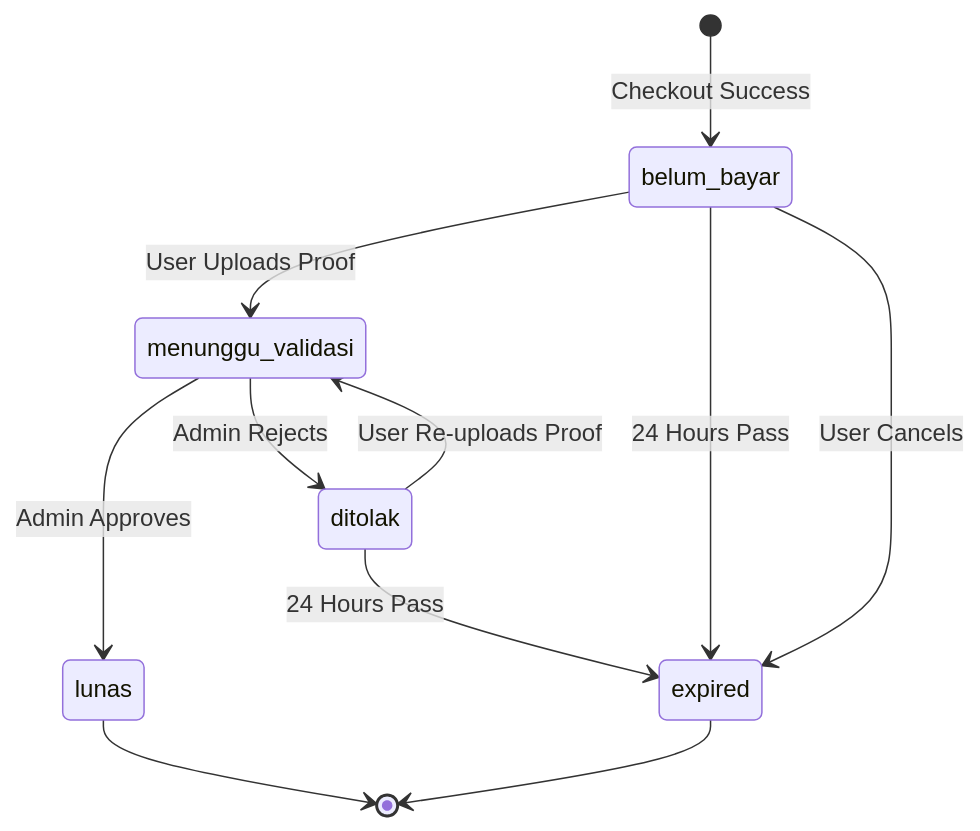
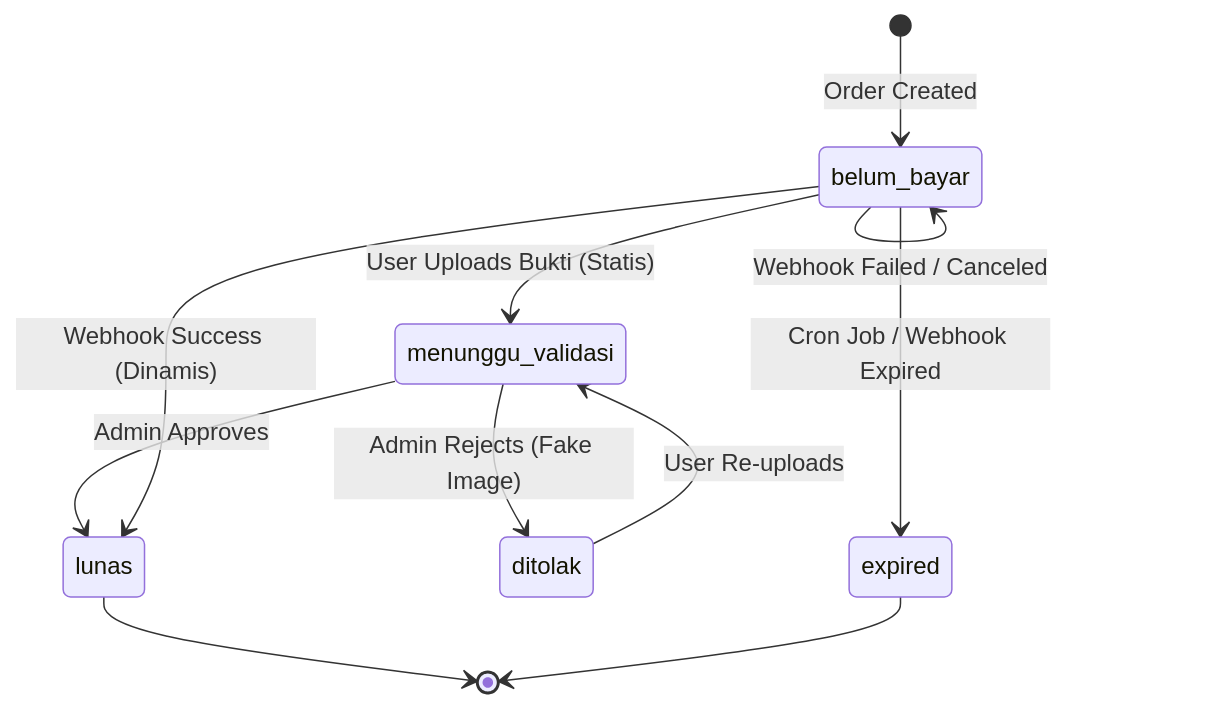
Before and after one commit to altafhermansyah/Ospekrite: the first of 2 diagrams in docs/06-order-state-machine.md, drawn with Mermaid. The commit also changed other lines of this file and 32 other files, not shown here.

Commit message:
feat: implement order checkout, payment lifecycle, mock payment services, and telegram notif with documentation

````diff
--- a/docs/06-order-state-machine.md
+++ b/docs/06-order-state-machine.md
@@ -8,16 +9,13 @@
 ```mermaid
 stateDiagram-v2
-    [*] --> belum_bayar : Checkout Success
-    belum_bayar --> menunggu_validasi : User Uploads Proof
-    belum_bayar --> expired : 24 Hours Pass
-    belum_bayar --> expired : User Cancels
-    
+    [*] --> belum_bayar : Order Created
+    belum_bayar --> menunggu_validasi : User Uploads Bukti (Statis)
     menunggu_validasi --> lunas : Admin Approves
-    menunggu_validasi --> ditolak : Admin Rejects
-    
-    ditolak --> menunggu_validasi : User Re-uploads Proof
-    ditolak --> expired : 24 Hours Pass
-    
+    menunggu_validasi --> ditolak : Admin Rejects (Fake Image)
+    ditolak --> menunggu_validasi : User Re-uploads
+    belum_bayar --> lunas : Webhook Success (Dinamis)
+    belum_bayar --> expired : Cron Job / Webhook Expired
+    belum_bayar --> belum_bayar : Webhook Failed / Canceled
     lunas --> [*]
     expired --> [*]
 ```
````
